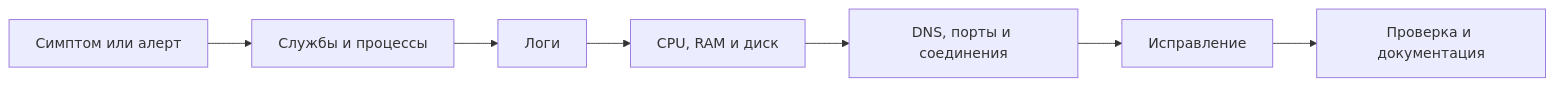
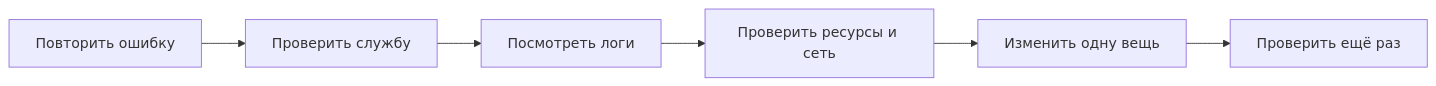
The diagram in README.md (Uzalov-Gamid/Uzalov-Gamid), drawn with Mermaid before and after one commit. The commit also changed other lines of this file and 2 other files, not shown here.

````diff
--- a/README.md
+++ b/README.md
@@ -71,9 +57,8 @@
 ```mermaid
 flowchart LR
-    A[Симптом или алерт] --> B[Службы и процессы]
-    B --> C[Логи]
-    C --> D[CPU, RAM и диск]
-    D --> E[DNS, порты и соединения]
-    E --> F[Исправление]
-    F --> G[Проверка и документация]
+    A[Повторить ошибку] --> B[Проверить службу]
+    B --> C[Посмотреть логи]
+    C --> D[Проверить ресурсы и сеть]
+    D --> E[Изменить одну вещь]
+    E --> F[Проверить ещё раз]
 ```
````
